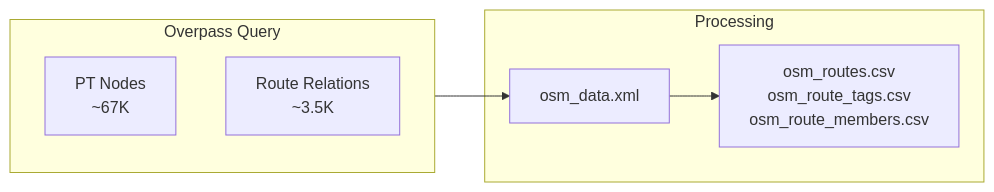
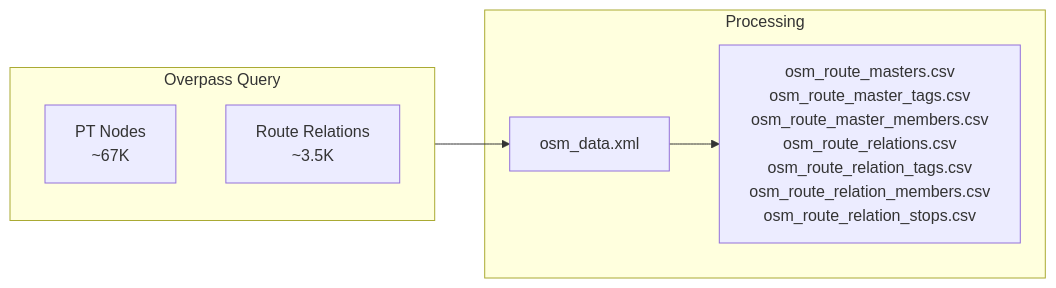
One commit to openTdataCH/stop_sync_osm_atlas changed the diagram in documentation/1.3 OSM data.md. Above: the diagram before and after it, drawn with Mermaid. The commit also changed other lines of this file and 59 other files, not shown here.

````diff
--- a/documentation/1.3 OSM data.md
+++ b/documentation/1.3 OSM data.md
@@ -39,13 +39,13 @@
 ```mermaid
 flowchart LR
     subgraph Query["Overpass Query"]
         N["PT Nodes<br/>~67K"]
         R["Route Relations<br/>~3.5K"]
     end
     
     subgraph Process["Processing"]
-        X[osm_data.xml] --> P2["osm_routes.csv<br/>osm_route_tags.csv<br/>osm_route_members.csv"]
+        X[osm_data.xml] --> P2["osm_route_masters.csv<br/>osm_route_master_tags.csv<br/>osm_route_master_members.csv<br/>osm_route_relations.csv<br/>osm_route_relation_tags.csv<br/>osm_route_relation_members.csv<br/>osm_route_relation_stops.csv"]
     end
     
     Query --> X
 ```
````
